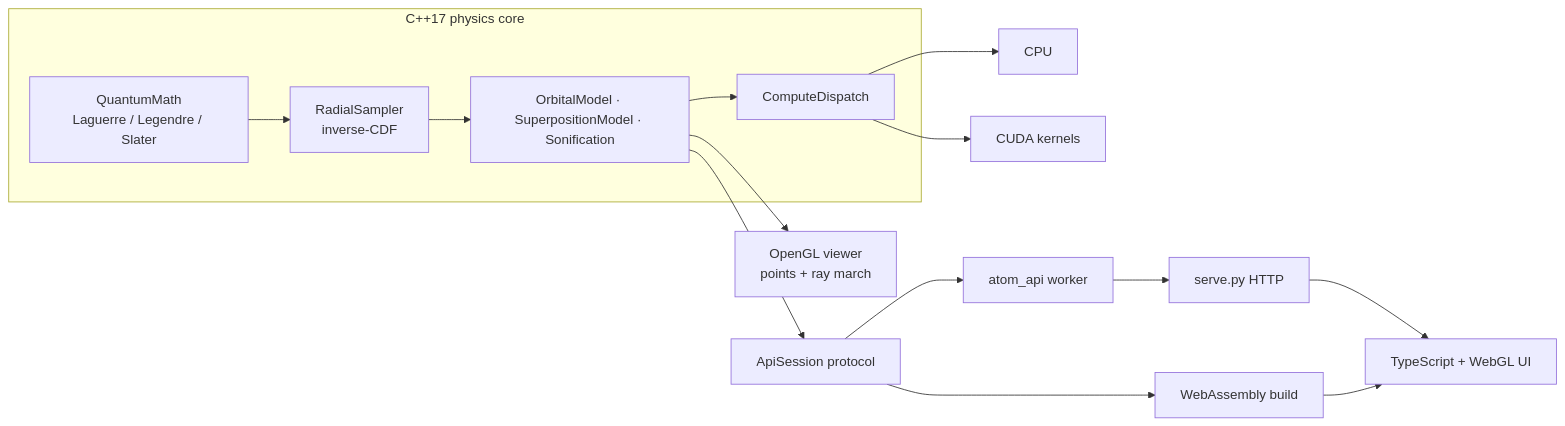
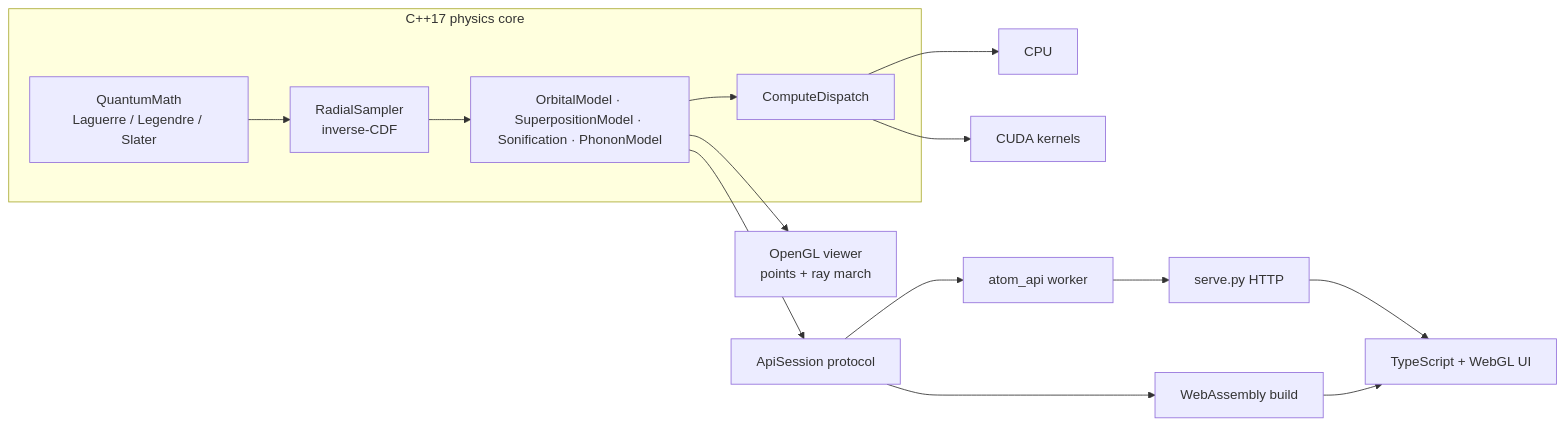
Before and after one commit to Jeanm2005/particle-simulator: the diagram in README.md, drawn with Mermaid. The commit also changed other lines of this file and 2 other files, not shown here.

Commit message:
Document the lattice phonon model and add screenshots to README

````diff
--- a/README.md
+++ b/README.md
@@ -82,16 +90,16 @@
 ```mermaid
 flowchart LR
   subgraph Core["C++17 physics core"]
     QM[QuantumMath<br/>Laguerre / Legendre / Slater]
     S[RadialSampler<br/>inverse-CDF]
-    M[OrbitalModel · SuperpositionModel · Sonification]
+    M[OrbitalModel · SuperpositionModel · Sonification · PhononModel]
     D[ComputeDispatch]
     QM --> S --> M --> D
   end
   D --> CPU[CPU]
   D --> CUDA[CUDA kernels]
   M --> API[ApiSession protocol]
   API --> W[atom_api worker] --> PY[serve.py HTTP] --> UI[TypeScript + WebGL UI]
   API --> WASM[WebAssembly build] --> UI
   M --> GL[OpenGL viewer<br/>points + ray march]
 ```
````
